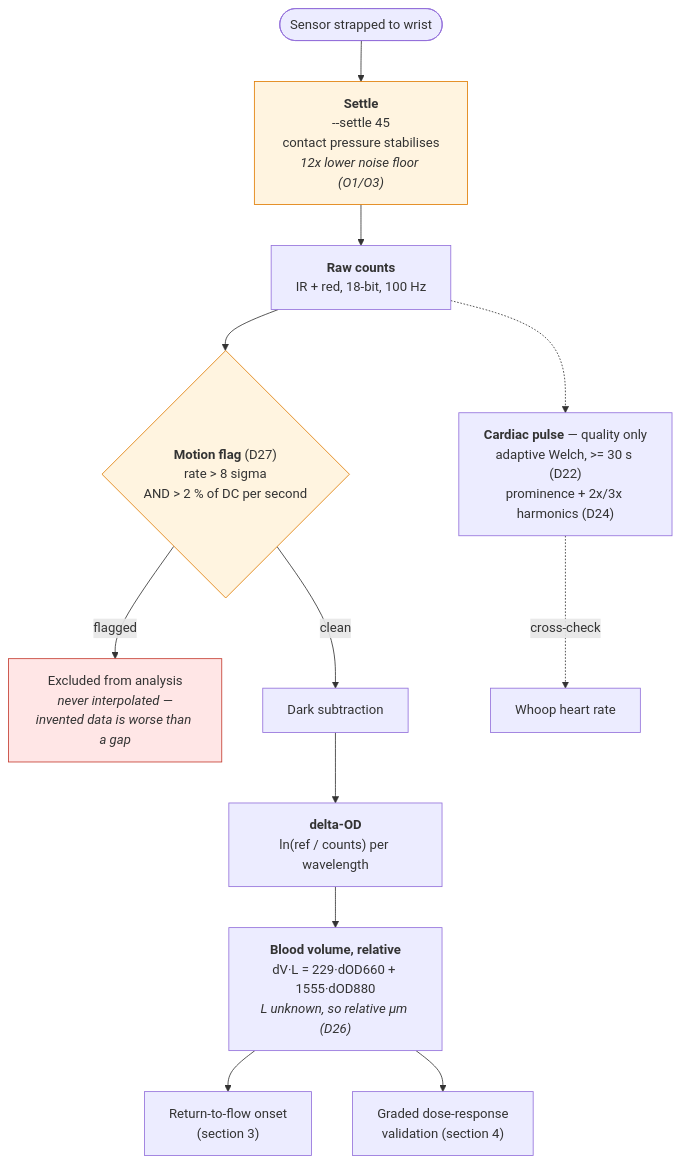
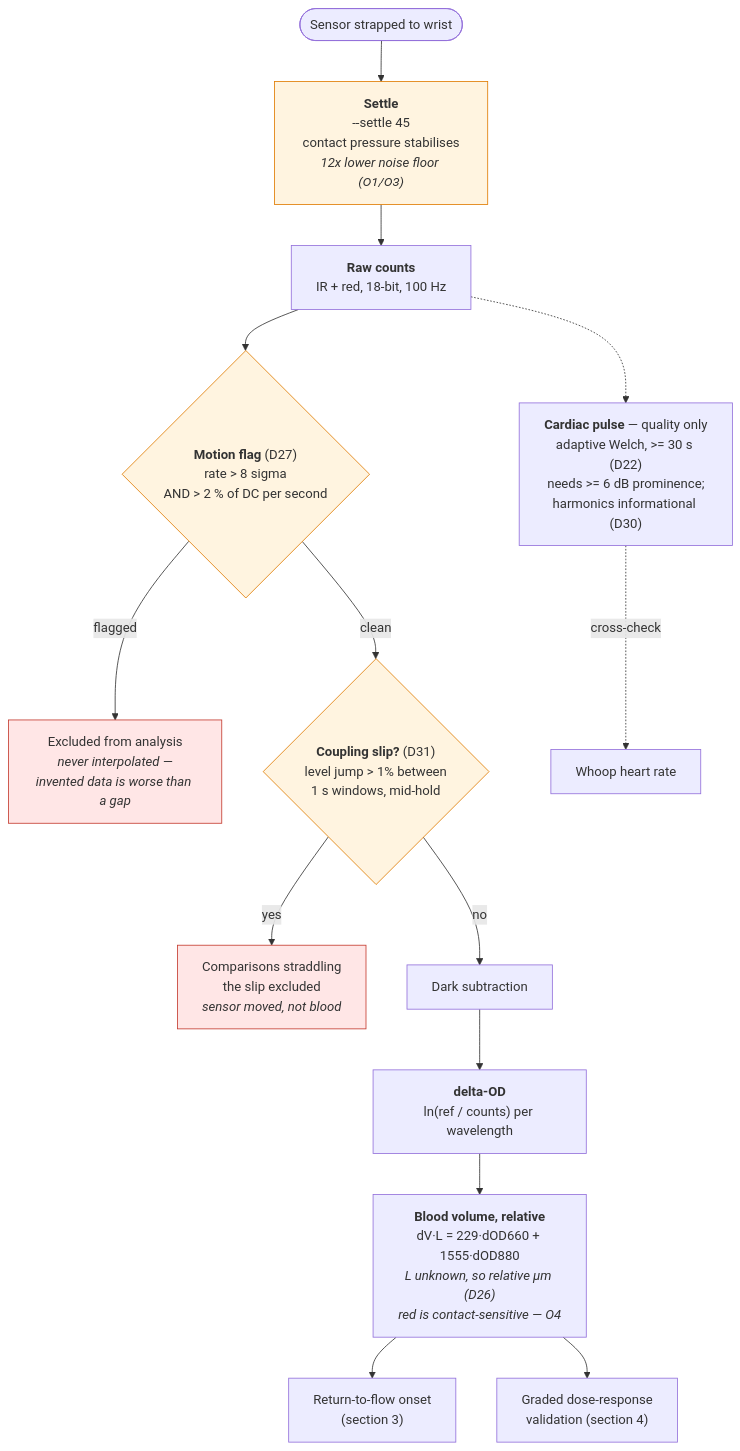
Before and after one commit to akkhilmorkonda/MAPQuest_PPG: the second of 6 diagrams in docs/architecture.md, drawn with Mermaid. The commit also changed other lines of this file and 7 other files, not shown here.

First line of the commit message:
Detect coupling slips; demote harmonics; record run inputs

````diff
--- a/docs/architecture.md
+++ b/docs/architecture.md
@@ -93,21 +93,23 @@
 ```mermaid
 flowchart TD
     STRAP(["Sensor strapped to wrist"]) --> SETTLE["<b>Settle</b><br/>--settle 45<br/>contact pressure stabilises<br/><i>12x lower noise floor (O1/O3)</i>"]
     SETTLE --> RAW["<b>Raw counts</b><br/>IR + red, 18-bit, 100 Hz"]
     RAW --> MOT{"<b>Motion flag</b> (D27)<br/>rate > 8 sigma<br/>AND > 2 % of DC per second"}
     MOT -->|flagged| EXCL["Excluded from analysis<br/><i>never interpolated —<br/>invented data is worse than a gap</i>"]
-    MOT -->|clean| DARK["Dark subtraction"]
+    MOT -->|clean| SLIP{"<b>Coupling slip?</b> (D31)<br/>level jump > 1% between<br/>1 s windows, mid-hold"}
+    SLIP -->|yes| EXCL2["Comparisons straddling<br/>the slip excluded<br/><i>sensor moved, not blood</i>"]
+    SLIP -->|no| DARK["Dark subtraction"]
     DARK --> OD["<b>delta-OD</b><br/>ln(ref / counts) per wavelength"]
-    OD --> DV["<b>Blood volume, relative</b><br/>dV·L = 229·dOD660 + 1555·dOD880<br/><i>L unknown, so relative µm (D26)</i>"]
+    OD --> DV["<b>Blood volume, relative</b><br/>dV·L = 229·dOD660 + 1555·dOD880<br/><i>L unknown, so relative µm (D26)</i><br/><i>red is contact-sensitive — O4</i>"]
 
     DV --> USE1["Return-to-flow onset<br/>(section 3)"]
     DV --> USE2["Graded dose-response<br/>validation (section 4)"]
 
-    RAW -.-> PULSE["<b>Cardiac pulse</b> — quality only<br/>adaptive Welch, >= 30 s (D22)<br/>prominence + 2x/3x harmonics (D24)"]
+    RAW -.-> PULSE["<b>Cardiac pulse</b> — quality only<br/>adaptive Welch, >= 30 s (D22)<br/>needs >= 6 dB prominence;<br/>harmonics informational (D30)"]
     PULSE -.->|"cross-check"| WH["Whoop heart rate"]
 
     classDef gate fill:#fff4e0,stroke:#e07b00
     classDef bad fill:#ffe6e6,stroke:#c43b2f
-    class MOT,SETTLE gate
-    class EXCL bad
+    class MOT,SETTLE,SLIP gate
+    class EXCL,EXCL2 bad
 ```
````
